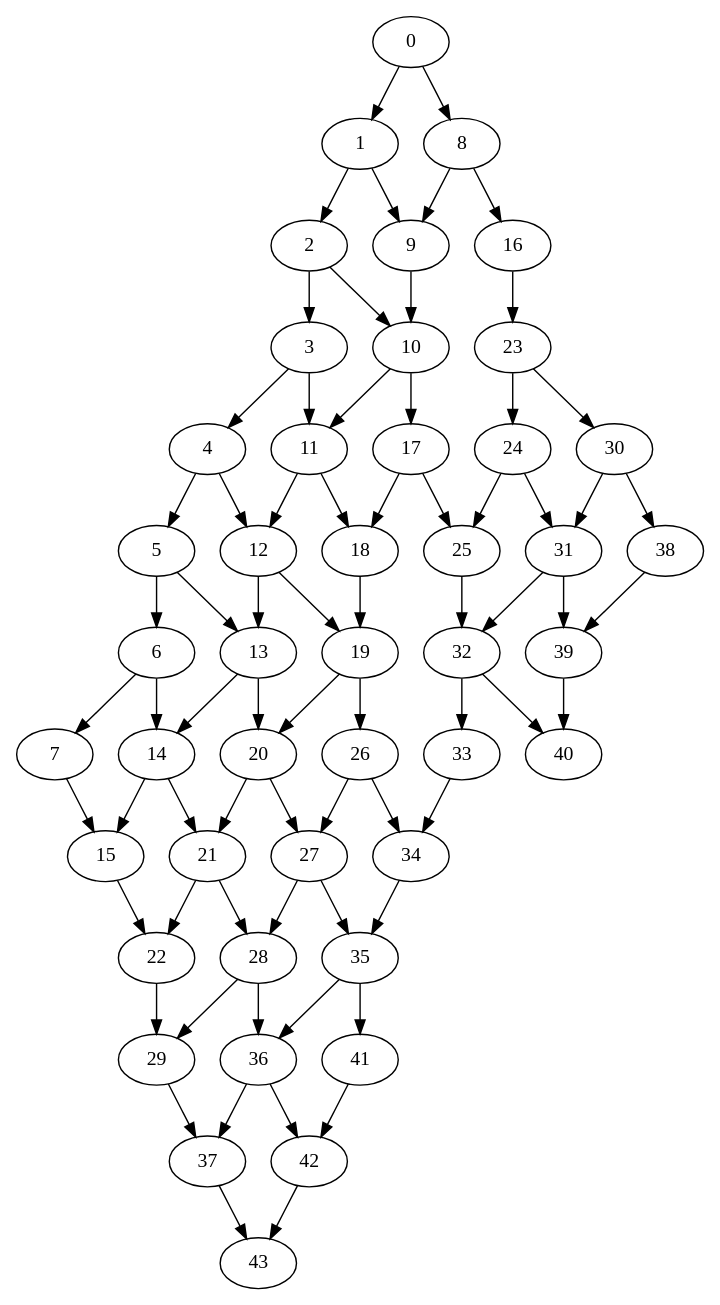
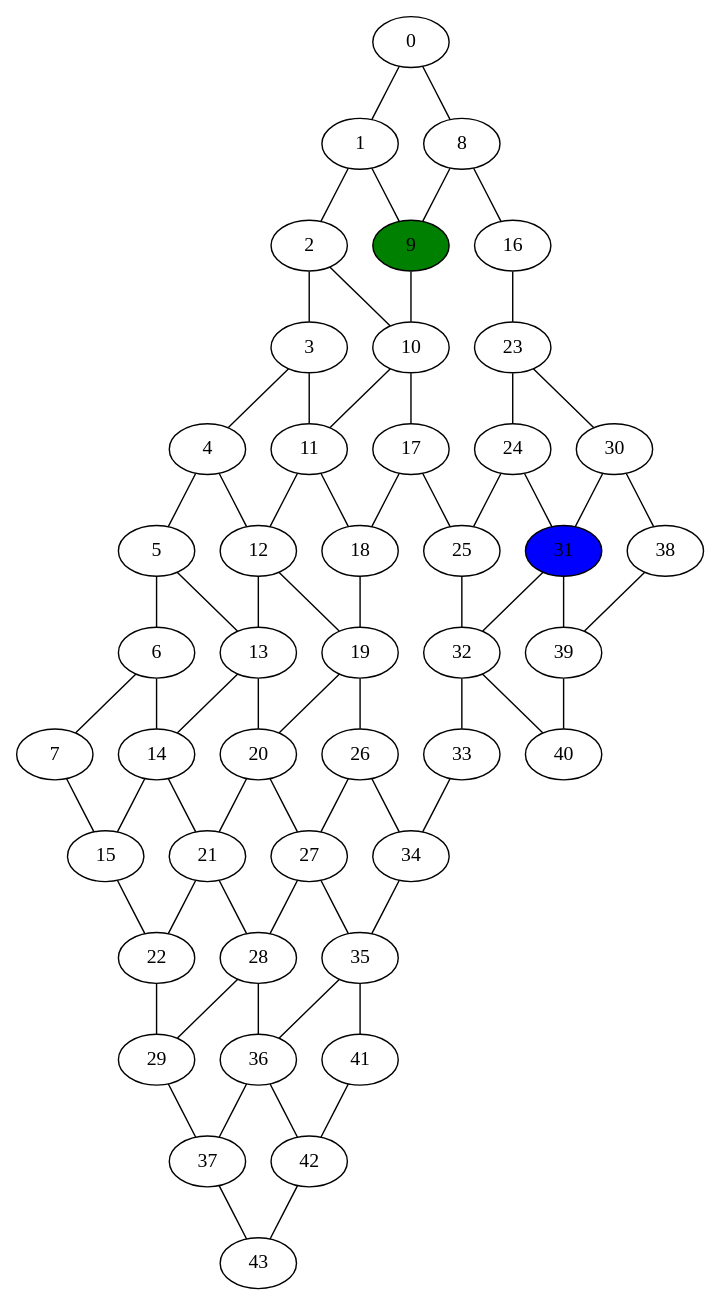
Before and after one commit to nox-x/finder: the diagram in dot/graph44b.txt.dot, drawn with Graphviz. The commit also changed 21 other files, not shown here.

```diff
--- a/dot/graph44b.txt.dot
+++ b/dot/graph44b.txt.dot
@@ -1,71 +1,73 @@
-digraph G {
-0 -> 1
-0 -> 8
-1 -> 2
-1 -> 9
-2 -> 3
-2 -> 10
-3 -> 4
-3 -> 11
-4 -> 5
-4 -> 12
-5 -> 6
-5 -> 13
-6 -> 7
-6 -> 14
-7 -> 15
-8 -> 9
-8 -> 16
-9 -> 10
-10 -> 11
-10 -> 17
-11 -> 12
-11 -> 18
-12 -> 13
-12 -> 19
-13 -> 14
-13 -> 20
-14 -> 15
-14 -> 21
-15 -> 22
-16 -> 23
-17 -> 18
-17 -> 25
-18 -> 19
-19 -> 20
-19 -> 26
-20 -> 21
-20 -> 27
-21 -> 22
-21 -> 28
-22 -> 29
-23 -> 24
-23 -> 30
-24 -> 25
-24 -> 31
-25 -> 32
-26 -> 27
-26 -> 34
-27 -> 28
-27 -> 35
-28 -> 29
-28 -> 36
-29 -> 37
-30 -> 31
-30 -> 38
-31 -> 32
-31 -> 39
-32 -> 33
-32 -> 40
-33 -> 34
-34 -> 35
-35 -> 36
-35 -> 41
-36 -> 37
-36 -> 42
-37 -> 43
-38 -> 39
-39 -> 40
-41 -> 42
-42 -> 43
+graph G {
+0 -- 1
+0 -- 8
+1 -- 2
+1 -- 9
+2 -- 3
+2 -- 10
+3 -- 4
+3 -- 11
+4 -- 5
+4 -- 12
+5 -- 6
+5 -- 13
+6 -- 7
+6 -- 14
+7 -- 15
+8 -- 9
+8 -- 16
+9 -- 10
+10 -- 11
+10 -- 17
+11 -- 12
+11 -- 18
+12 -- 13
+12 -- 19
+13 -- 14
+13 -- 20
+14 -- 15
+14 -- 21
+15 -- 22
+16 -- 23
+17 -- 18
+17 -- 25
+18 -- 19
+19 -- 20
+19 -- 26
+20 -- 21
+20 -- 27
+21 -- 22
+21 -- 28
+22 -- 29
+23 -- 24
+23 -- 30
+24 -- 25
+24 -- 31
+25 -- 32
+26 -- 27
+26 -- 34
+27 -- 28
+27 -- 35
+28 -- 29
+28 -- 36
+29 -- 37
+30 -- 31
+30 -- 38
+31 -- 32
+31 -- 39
+32 -- 33
+32 -- 40
+33 -- 34
+34 -- 35
+35 -- 36
+35 -- 41
+36 -- 37
+36 -- 42
+37 -- 43
+38 -- 39
+39 -- 40
+41 -- 42
+42 -- 43
+9 [fillcolor=green, style=filled]
+31 [fillcolor=blue, style=filled]
 }
```
